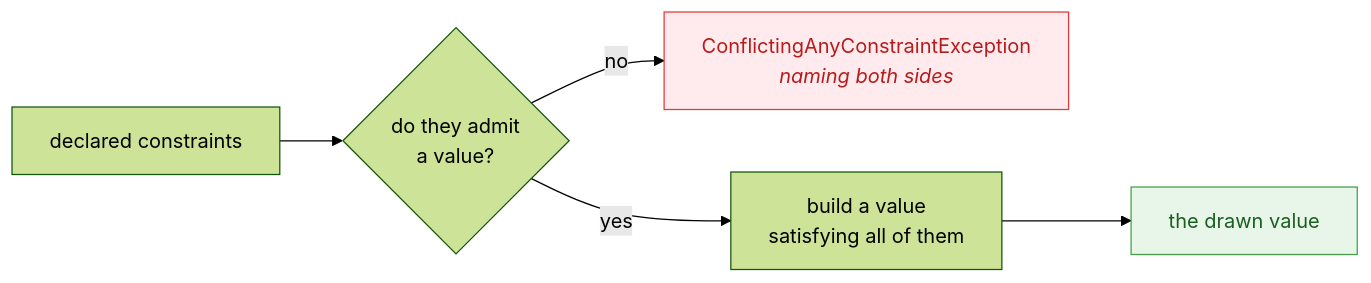
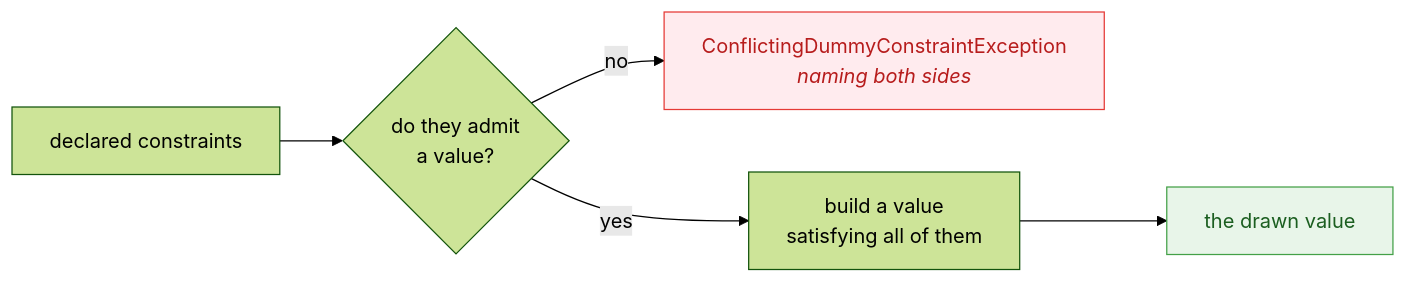
Before and after one commit to Reefact/just-dummies: the second of 2 diagrams in doc/handwritten/for-users/guides/core-concepts.en.md, drawn with Mermaid (forest theme). The commit also changed other lines of this file and 755 other files, not shown here.

````diff
--- a/doc/handwritten/for-users/guides/core-concepts.en.md
+++ b/doc/handwritten/for-users/guides/core-concepts.en.md
@@ -174,11 +174,11 @@
 ```mermaid
 flowchart LR
     accTitle: Values are built to satisfy the constraints, never filtered
-    accDescr: The declared constraints are asked whether they admit a value. If they do not, a ConflictingAnyConstraintException names both sides. If they do, a value satisfying all of them is built, and that is the drawn value.
+    accDescr: The declared constraints are asked whether they admit a value. If they do not, a ConflictingDummyConstraintException names both sides. If they do, a value satisfying all of them is built, and that is the drawn value.
     D["declared constraints"] --> C{"do they admit<br/>a value?"}
-    C -->|no| X["ConflictingAnyConstraintException<br/><i>naming both sides</i>"]
+    C -->|no| X["ConflictingDummyConstraintException<br/><i>naming both sides</i>"]
     C -->|yes| B["build a value<br/>satisfying all of them"]
     B --> V["the drawn value"]
     style X fill:#ffebee,stroke:#e53935,color:#b71c1c
     style V fill:#e8f5e9,stroke:#43a047,color:#1b5e20
 ```
````
